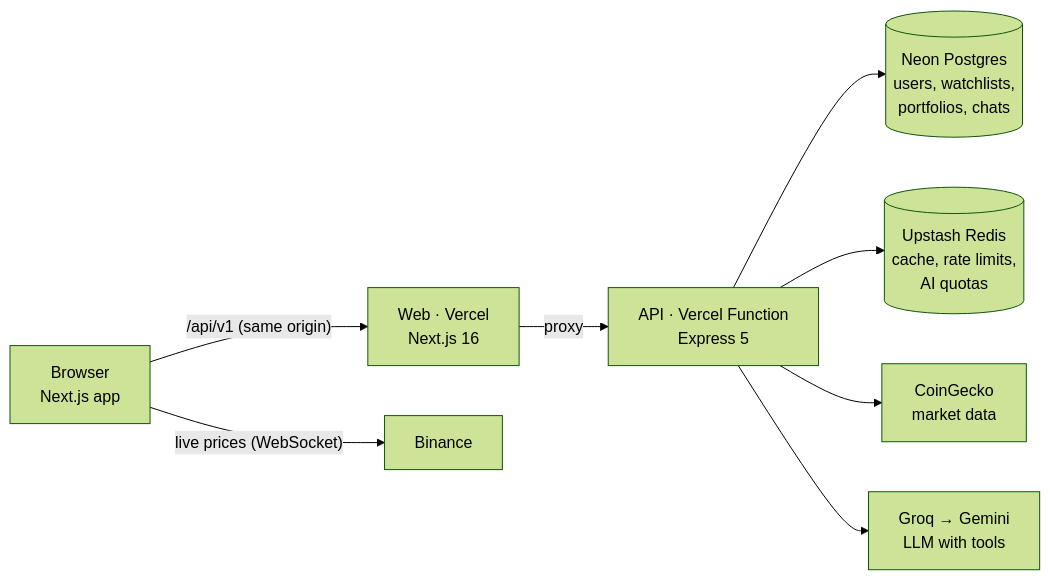
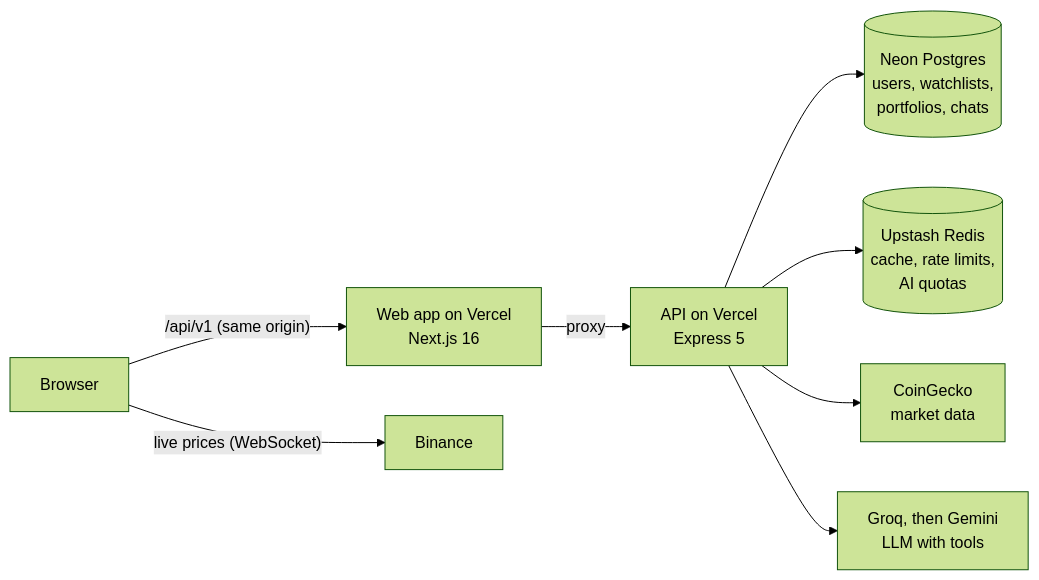
The diagram in README.md (Rtmagent7/triyuai), drawn with Mermaid (forest theme) before and after one commit. The commit also changed other lines of this file, not shown here.

````diff
--- a/README.md
+++ b/README.md
@@ -66,10 +69,10 @@
 ```mermaid
 flowchart LR
-  B["Browser<br/>Next.js app"] -- "/api/v1 (same origin)" --> W["Web · Vercel<br/>Next.js 16"]
+  B["Browser"] -- "/api/v1 (same origin)" --> W["Web app on Vercel<br/>Next.js 16"]
   B -- "live prices (WebSocket)" --> BN["Binance"]
-  W -- "proxy" --> A["API · Vercel Function<br/>Express 5"]
+  W -- "proxy" --> A["API on Vercel<br/>Express 5"]
   A --> PG[("Neon Postgres<br/>users, watchlists,<br/>portfolios, chats")]
   A --> R[("Upstash Redis<br/>cache, rate limits,<br/>AI quotas")]
   A --> CG["CoinGecko<br/>market data"]
-  A --> AI["Groq → Gemini<br/>LLM with tools"]
+  A --> AI["Groq, then Gemini<br/>LLM with tools"]
 ```
````
